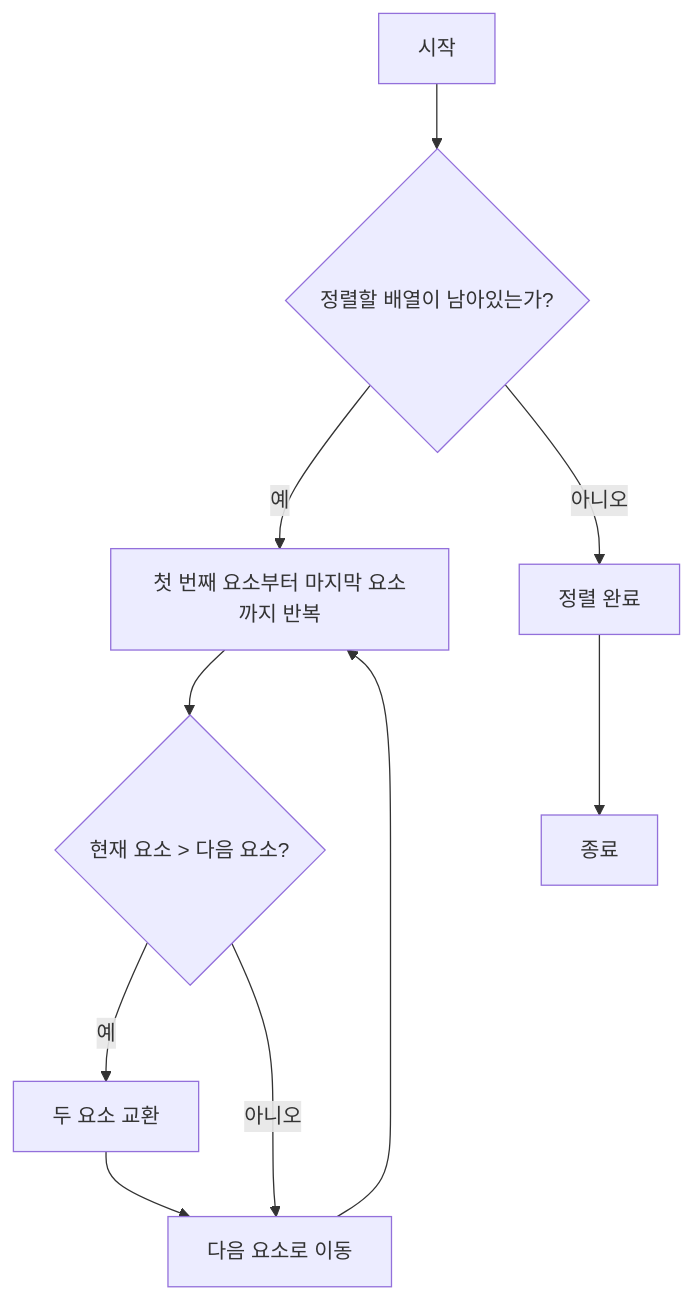
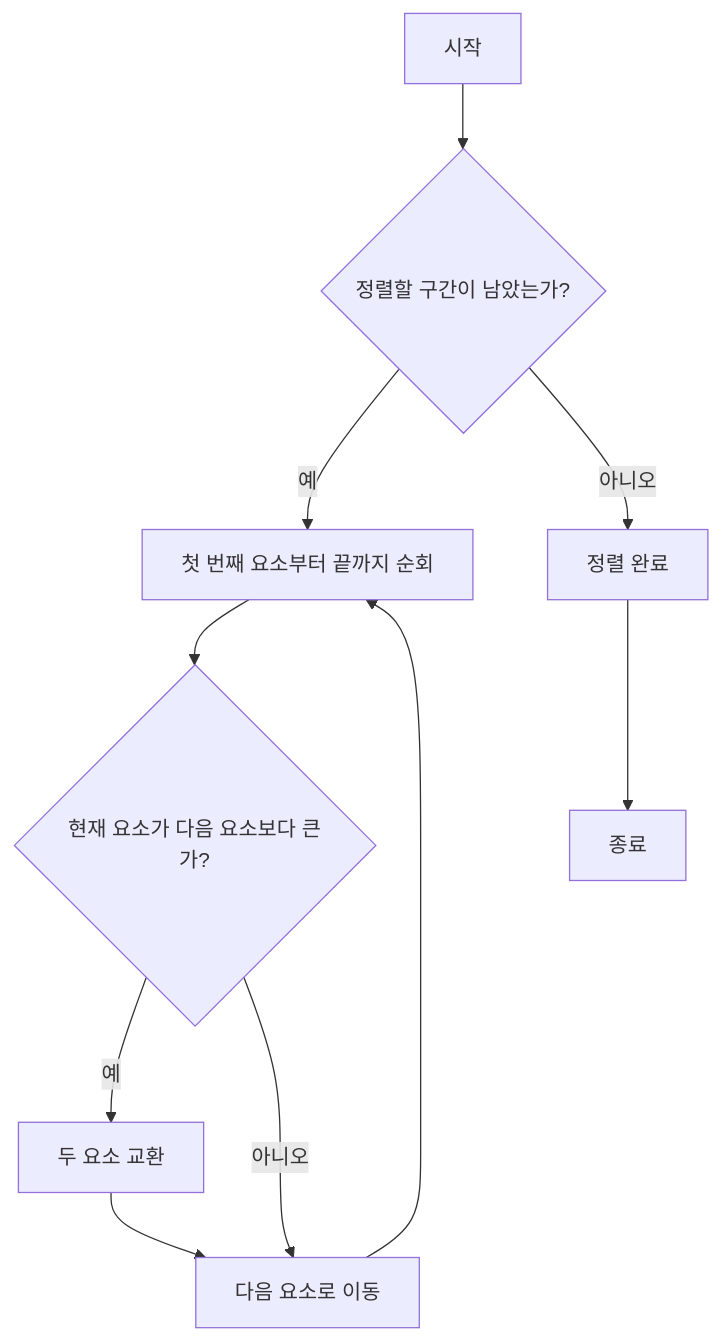
The ninth of 11 diagrams in content/post/2024/2024-08-26-bubble-sort/index.md (42jerrykim/42jerrykim.github.io), drawn with Mermaid before and after one commit. The commit also changed other lines of this file and 239 other files, not shown here.

````diff
--- a/content/post/2024/2024-08-26-bubble-sort/index.md
+++ b/content/post/2024/2024-08-26-bubble-sort/index.md
@@ -550,12 +449,12 @@
 ```mermaid
-graph TD;
-    A[시작] --> B{정렬할 배열이 남아있는가?}
-    B -- 예 --> C[첫 번째 요소부터 마지막 요소까지 반복]
-    C --> D{현재 요소 > 다음 요소?}
-    D -- 예 --> E[두 요소 교환]
-    D -- 아니오 --> F[다음 요소로 이동]
-    E --> F
-    F --> C
-    B -- 아니오 --> G[정렬 완료]
-    G --> H[종료]
+flowchart TD
+    StartNode["시작"] --> CheckRemain{"정렬할 구간이 남았는가?"}
+    CheckRemain -->|"예"| LoopElem["첫 번째 요소부터 끝까지 순회"]
+    LoopElem --> CompareElem{"현재 요소가 다음 요소보다 큰가?"}
+    CompareElem -->|"예"| SwapElem["두 요소 교환"]
+    CompareElem -->|"아니오"| NextElem["다음 요소로 이동"]
+    SwapElem --> NextElem
+    NextElem --> LoopElem
+    CheckRemain -->|"아니오"| DoneNode["정렬 완료"]
+    DoneNode --> EndNode["종료"]
 ```
````
